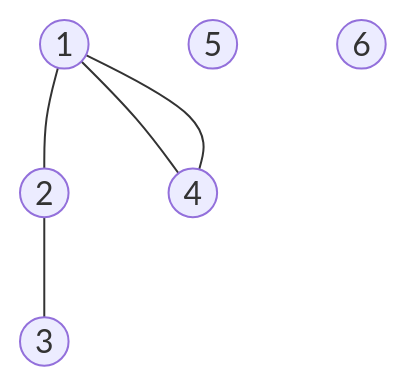
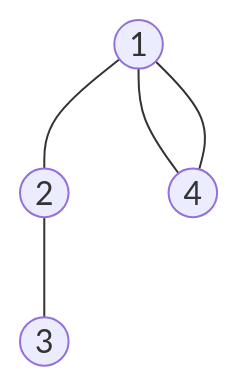
Before and after one commit to Daniel-Wei/Algo_DS_Notes: the diagram in Graph/Undirected/Readme.md, drawn with Mermaid.

````diff
--- a/Graph/Undirected/Readme.md
+++ b/Graph/Undirected/Readme.md
@@ -3,15 +3,13 @@
 ```mermaid 
 graph TB;
 
 1((1))
 2((2))
 3((3))
 4((4))
-5((5))
-6((6))
 
 1---2
 2---3
 1---4
 4---1
 ```
````
